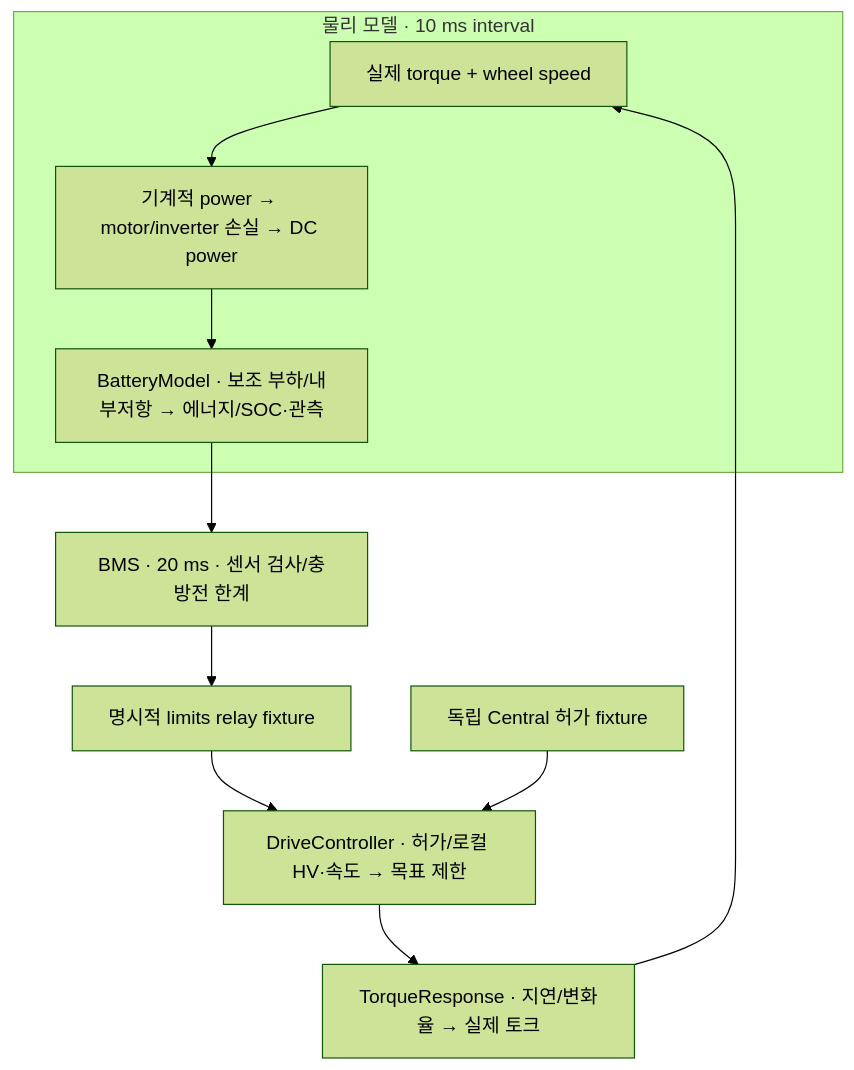
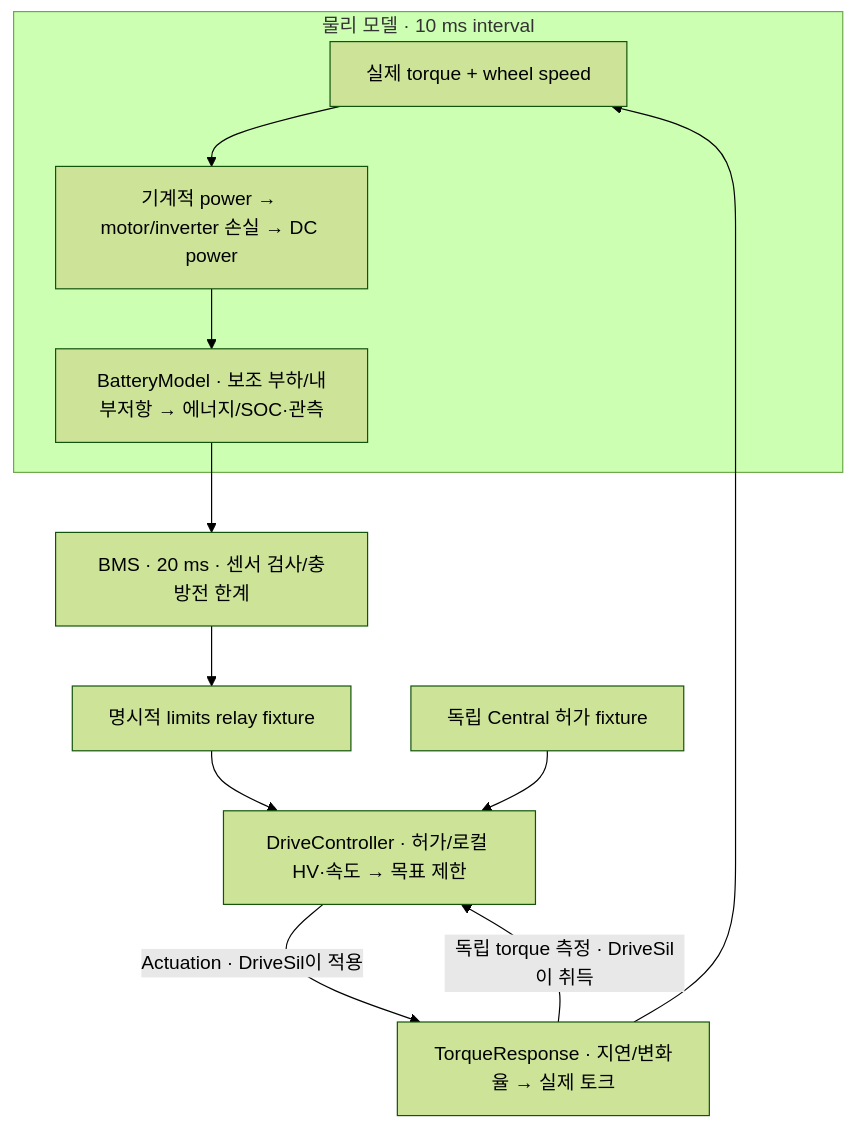
The diagram in docs/learning/m2_drive_energy.md (shinjuyeop/StrataDrive), drawn with Mermaid (forest theme) before and after one commit. The commit also changed other lines of this file and 18 other files, not shown here.

````diff
--- a/docs/learning/m2_drive_energy.md
+++ b/docs/learning/m2_drive_energy.md
@@ -11,13 +11,14 @@
 ```mermaid
 flowchart TB
   subgraph PHYS["물리 모델 · 10 ms interval"]
     A["실제 torque + wheel speed"] --> M["기계적 power → motor/inverter 손실 → DC power"]
     M --> B["BatteryModel · 보조 부하/내부저항 → 에너지/SOC·관측"]
   end
   B --> C["BMS · 20 ms · 센서 검사/충방전 한계"]
   C --> R["명시적 limits relay fixture"]
   R --> G["DriveController · 허가/로컬 HV·속도 → 목표 제한"]
   P["독립 Central 허가 fixture"] --> G
-  G --> T["TorqueResponse · 지연/변화율 → 실제 토크"]
+  G -->|"Actuation · DriveSil이 적용"| T["TorqueResponse · 지연/변화율 → 실제 토크"]
+  T -->|"독립 torque 측정 · DriveSil이 취득"| G
   T --> A
 ```
````
